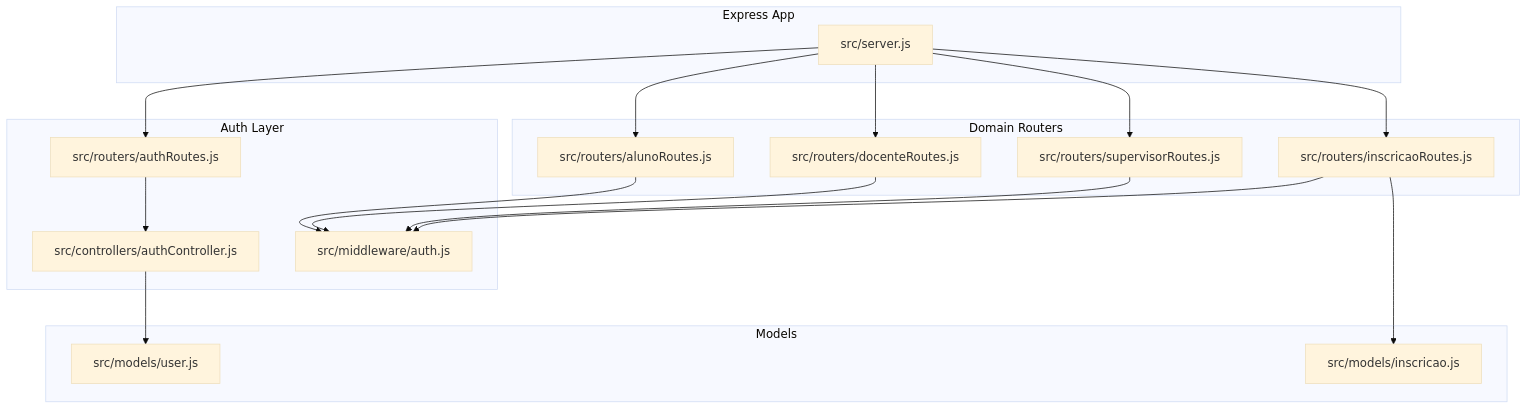
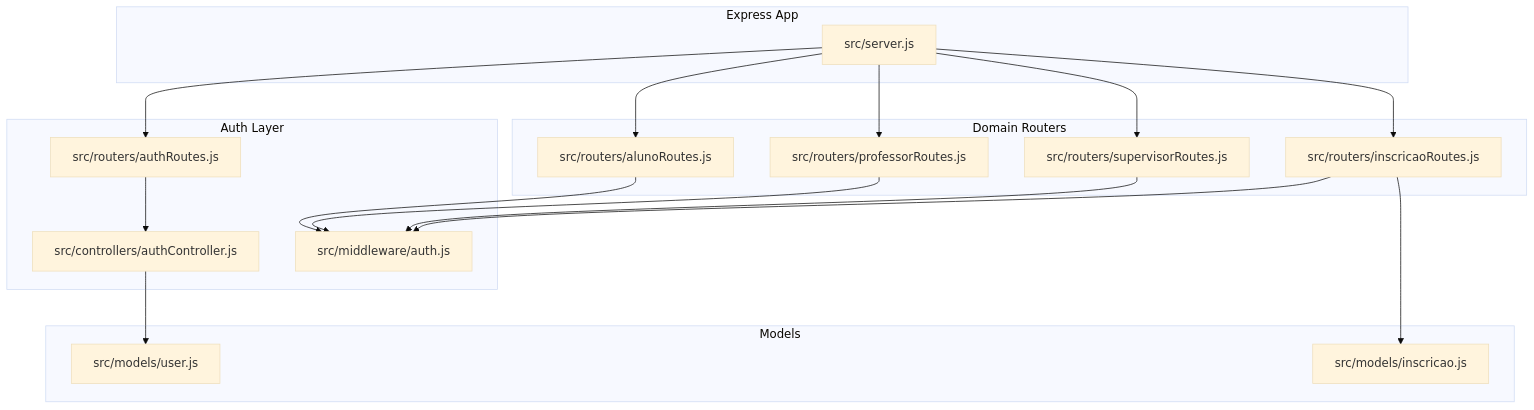
Before and after one commit to luiseduacosta/nodemural: the first of 7 diagrams in .qoder/repowiki/en/content/Middleware & Security.md, drawn with Mermaid (base theme). The commit also changed other lines of this file and 25 other files, not shown here.

````diff
--- a/.qoder/repowiki/en/content/Middleware & Security.md
+++ b/.qoder/repowiki/en/content/Middleware & Security.md
@@ -43,33 +43,33 @@
 ```mermaid
 graph TB
 subgraph "Express App"
 S["src/server.js"]
 end
 subgraph "Auth Layer"
 MW["src/middleware/auth.js"]
 AR["src/routers/authRoutes.js"]
 AC["src/controllers/authController.js"]
 end
 subgraph "Domain Routers"
 AL["src/routers/alunoRoutes.js"]
-DO["src/routers/docenteRoutes.js"]
+DO["src/routers/professorRoutes.js"]
 SU["src/routers/supervisorRoutes.js"]
 IN["src/routers/inscricaoRoutes.js"]
 end
 subgraph "Models"
 UM["src/models/user.js"]
 IM["src/models/inscricao.js"]
 end
 S --> AR
 S --> AL
 S --> DO
 S --> SU
 S --> IN
 AR --> AC
 AL --> MW
 DO --> MW
 SU --> MW
 IN --> MW
 AC --> UM
 IN --> IM
 ```
````
